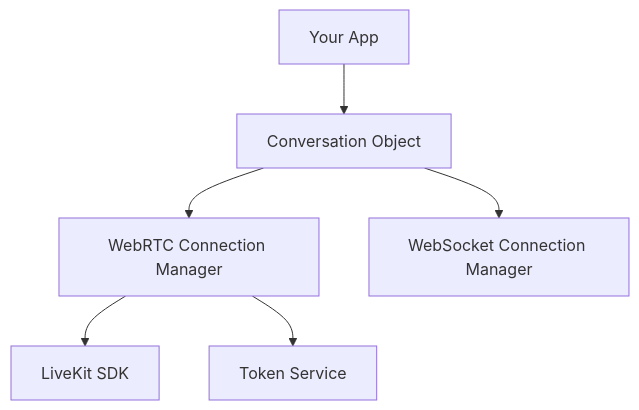
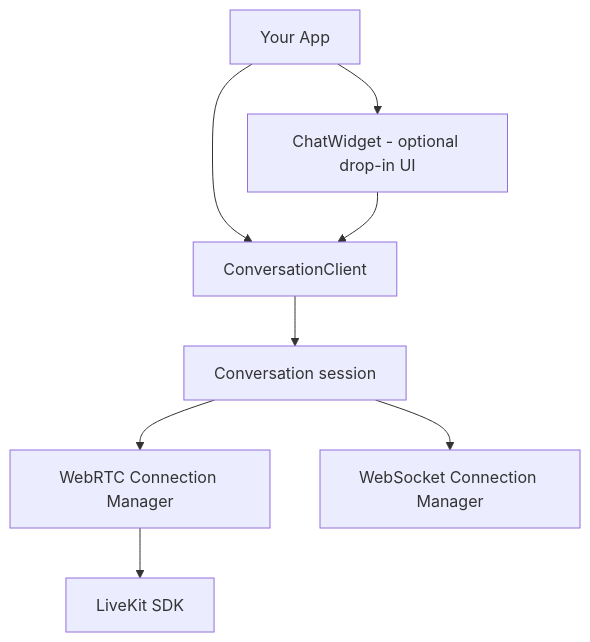
The diagram in README.md (elevenlabs/elevenlabs-swift-sdk), drawn with Mermaid before and after one commit. The commit also changed other lines of this file and 1 other file, not shown here.

````diff
--- a/README.md
+++ b/README.md
@@ -264,8 +314,10 @@
 ```mermaid
 graph TD
-    App[Your App] --> Conversation[Conversation Object]
-    Conversation --> WebRTCConnectionManager[WebRTC Connection Manager]
-    Conversation --> WebSocketConnectionManager[WebSocket Connection Manager]
-    WebRTCConnectionManager --> LiveKit[LiveKit SDK]
-    WebRTCConnectionManager --> TokenService[Token Service]
+    App[Your App] --> Widget[ChatWidget - optional drop-in UI]
+    App --> Client[ConversationClient]
+    Widget --> Client
+    Client --> Session[Conversation session]
+    Session --> WebRTC[WebRTC Connection Manager]
+    Session --> WebSocket[WebSocket Connection Manager]
+    WebRTC --> LiveKit[LiveKit SDK]
 ```
````
